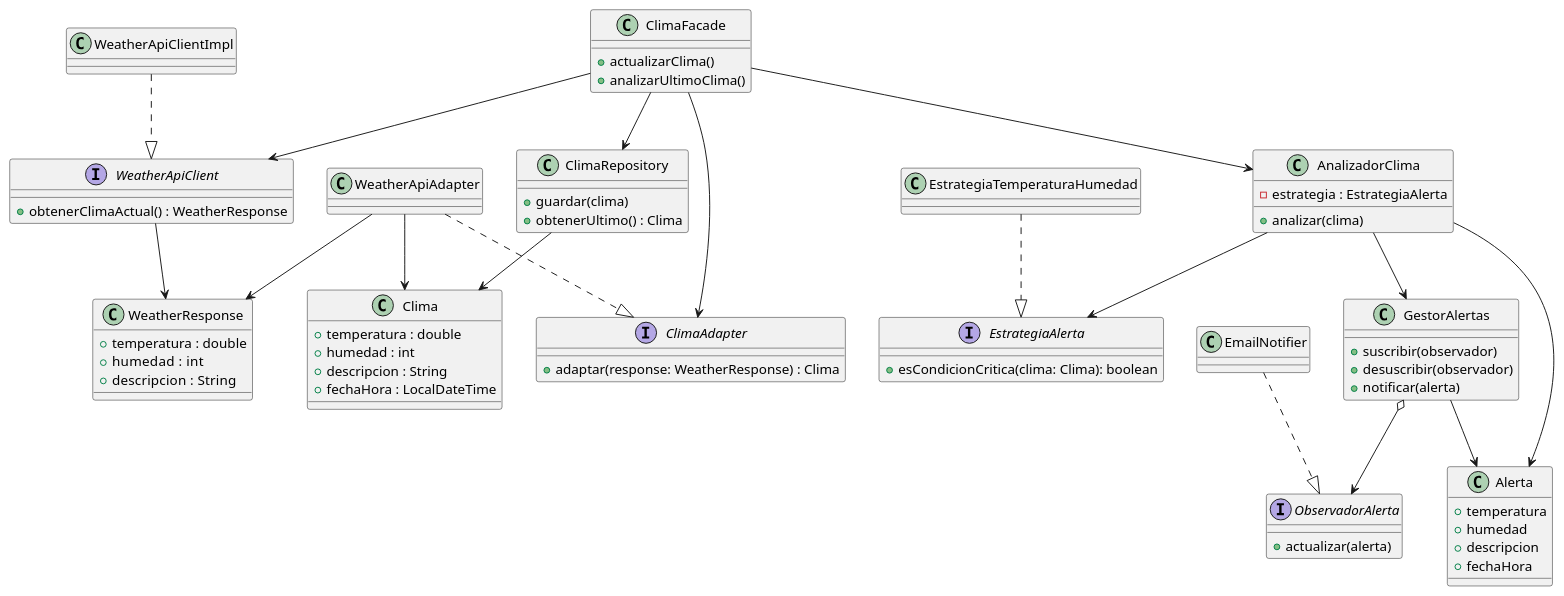
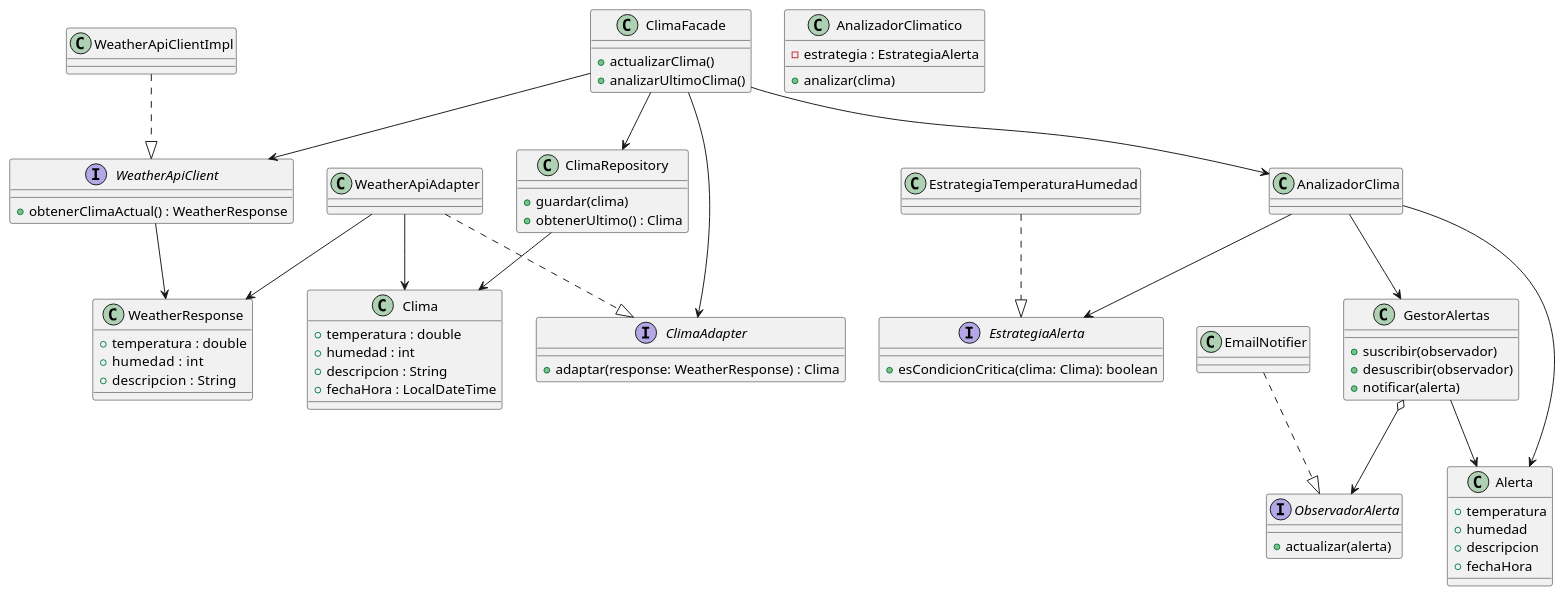
Before and after one commit to GJorgeFranzosi/Climalert: the diagram in DiagramaDeClase.puml, drawn with PlantUML. The commit also changed 4 other files, not shown here.

```diff
--- a/DiagramaDeClase.puml
+++ b/DiagramaDeClase.puml
@@ -1,118 +1,119 @@
 @startuml
 
 '==== DOMINIO ====
 
 class Clima {
     +temperatura : double
     +humedad : int
     +descripcion : String
     +fechaHora : LocalDateTime
 }
 
 class ClimaRepository {
     +guardar(clima)
     +obtenerUltimo() : Clima
 }
 
 '==== WEATHER API ====
 'Cliente capaz de consultar un proveedor meteorológico
 
 'Facil cambiar de proovedor
 interface WeatherApiClient {
     +obtenerClimaActual() : WeatherResponse
 }
 
 class WeatherApiClientImpl
 
 WeatherApiClientImpl ..|> WeatherApiClient
 
 'Dto del JSON recibido
 class WeatherResponse {
     +temperatura : double
     +humedad  : int
     +descripcion  : String
 }
 
+'==== SERVICES ====
+'Obtiene un Clima, lo analiza, crea una alerta y avisa al GestorAlertas
+class AnalizadorClimatico {
+    -estrategia : EstrategiaAlerta
+    +analizar(clima)
+}
+
 '==== PATRÓN FACADE ====
 'Adapta el clima obtenido al modelo interno
 
 class ClimaFacade {
     +actualizarClima()
     +analizarUltimoClima()
 }
 
 '==== PATRÓN ADAPTER ====
 'Adapta un WeatherResponse en un Clima, e interfaz únicamente conocida por la fachada
 
 interface ClimaAdapter {
     +adaptar(response: WeatherResponse) : Clima
 }
 
 class WeatherApiAdapter
 
 WeatherApiAdapter ..|> ClimaAdapter
 
 '==== PATRÓN STRATEGY ====
 
 interface EstrategiaAlerta {
     +esCondicionCritica(clima: Clima): boolean
 }
 
 class EstrategiaTemperaturaHumedad
 
 EstrategiaTemperaturaHumedad ..|> EstrategiaAlerta
-
-'Obtiene un Clima, lo analiza, crea una alerta y avisa al GestorAlertas
-class AnalizadorClima {
-    -estrategia : EstrategiaAlerta
-    +analizar(clima)
-}
 
 '==== PATRÓN OBSERVER ====
 
 'Representa cualquier componente interesado en enterarse de una alerta
 interface ObservadorAlerta {
     +actualizar(alerta)
 }
 
 'Observador concreto
 class EmailNotifier
 
 EmailNotifier ..|> ObservadorAlerta
 
 'Contiene una lista de observadores para informar
 class GestorAlertas {
     +suscribir(observador)
     +desuscribir(observador)
     +notificar(alerta)
 }
 
 'Una alerta generada que contiene los datos necesarios para notificar
 class Alerta {
     +temperatura
     +humedad
     +descripcion
     +fechaHora
 }
 
 '==== RELACIONES ====
 
 ClimaFacade --> WeatherApiClient
 ClimaFacade --> ClimaAdapter
 ClimaFacade --> ClimaRepository
 ClimaFacade --> AnalizadorClima
 
 WeatherApiClient --> WeatherResponse
 WeatherApiAdapter --> WeatherResponse
 WeatherApiAdapter --> Clima
 
 ClimaRepository --> Clima
 
 AnalizadorClima --> EstrategiaAlerta
 AnalizadorClima --> GestorAlertas
 AnalizadorClima --> Alerta
 
 GestorAlertas o--> ObservadorAlerta
 GestorAlertas --> Alerta
 
 @enduml
```
